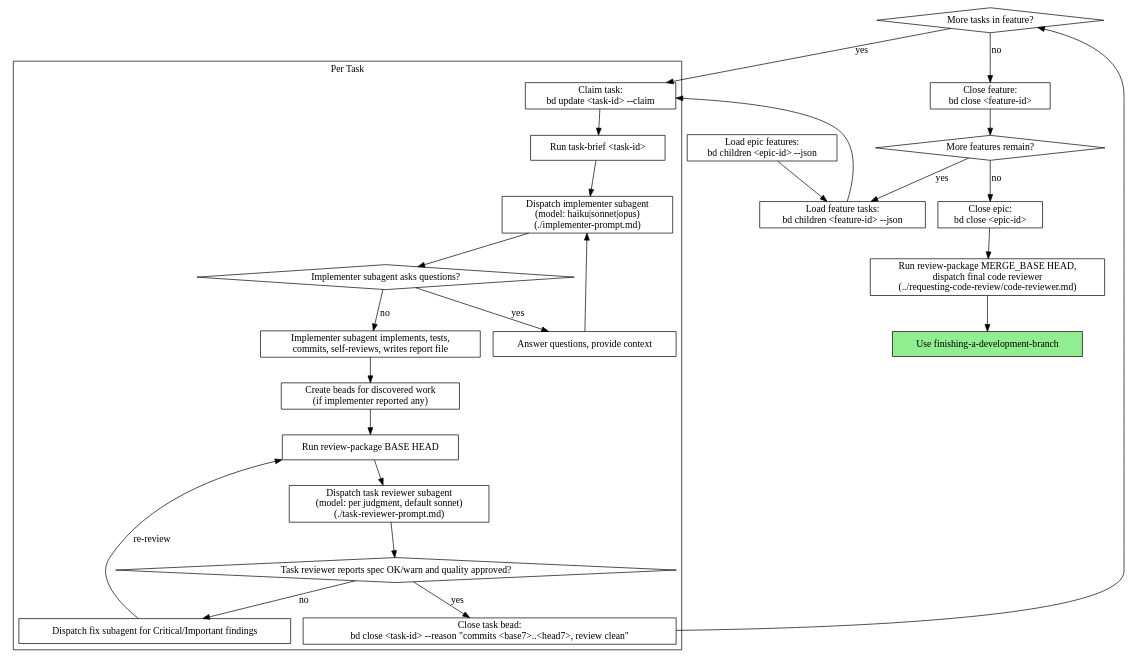
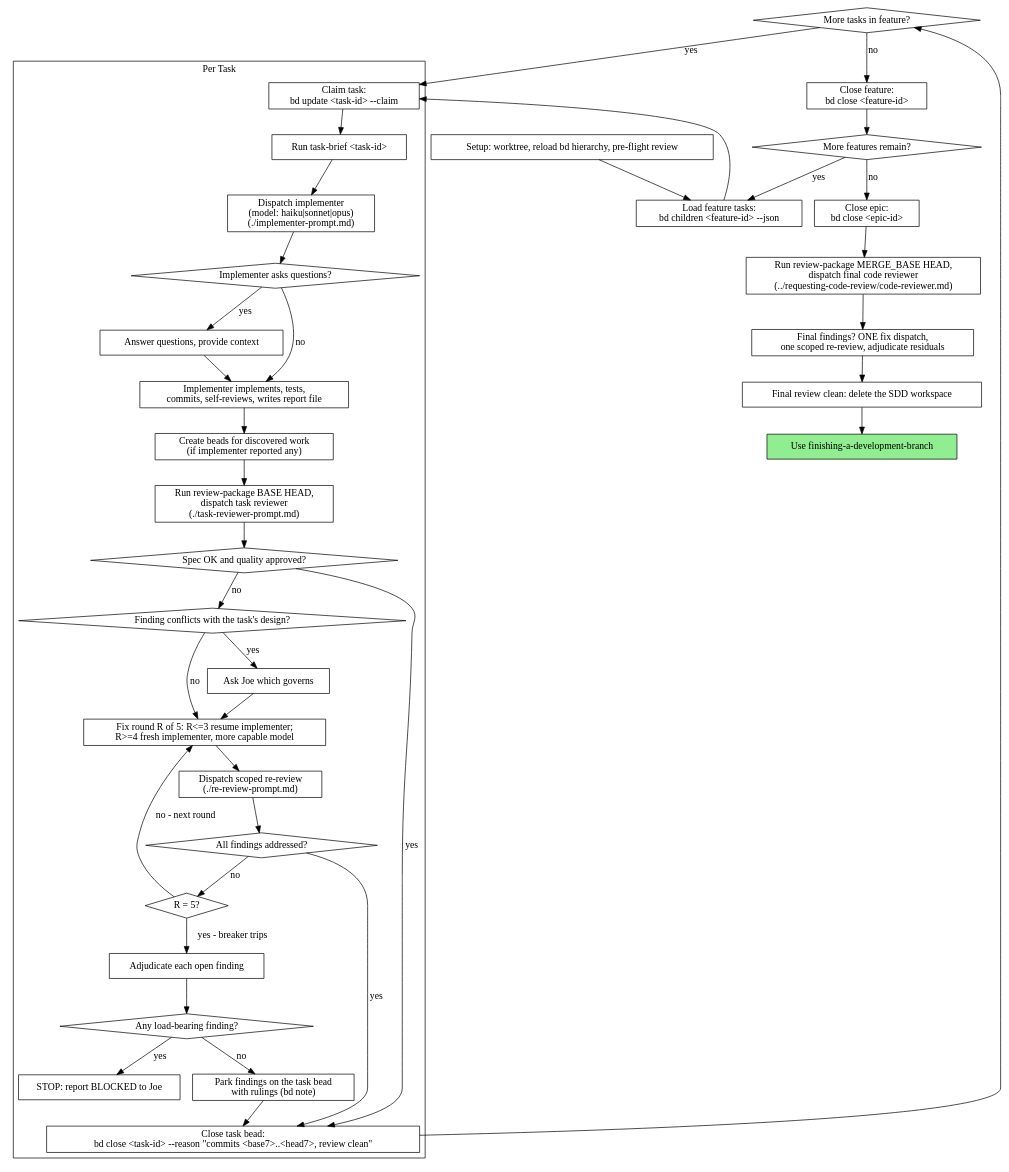
One commit to jwp23/joe-bag-of-tricks changed the second of 2 diagrams in plugins/joe-bag-of-tricks/skills/subagent-driven-development/SKILL.md. Above: the diagram before and after it, drawn with Graphviz. The commit also changed other lines of this file and 22 other files, not shown here.

````diff
--- a/plugins/joe-bag-of-tricks/skills/subagent-driven-development/SKILL.md
+++ b/plugins/joe-bag-of-tricks/skills/subagent-driven-development/SKILL.md
@@ -46,54 +46,77 @@
 ```dot
 digraph process {
     rankdir=TB;
 
     subgraph cluster_per_task {
         label="Per Task";
         "Claim task:\nbd update <task-id> --claim" [shape=box];
         "Run task-brief <task-id>" [shape=box];
-        "Dispatch implementer subagent\n(model: haiku|sonnet|opus)\n(./implementer-prompt.md)" [shape=box];
-        "Implementer subagent asks questions?" [shape=diamond];
+        "Dispatch implementer\n(model: haiku|sonnet|opus)\n(./implementer-prompt.md)" [shape=box];
+        "Implementer asks questions?" [shape=diamond];
         "Answer questions, provide context" [shape=box];
-        "Implementer subagent implements, tests,\ncommits, self-reviews, writes report file" [shape=box];
+        "Implementer implements, tests,\ncommits, self-reviews, writes report file" [shape=box];
         "Create beads for discovered work\n(if implementer reported any)" [shape=box];
-        "Run review-package BASE HEAD" [shape=box];
-        "Dispatch task reviewer subagent\n(model: per judgment, default sonnet)\n(./task-reviewer-prompt.md)" [shape=box];
-        "Task reviewer reports spec OK/warn and quality approved?" [shape=diamond];
-        "Dispatch fix subagent for Critical/Important findings" [shape=box];
+        "Run review-package BASE HEAD,\ndispatch task reviewer\n(./task-reviewer-prompt.md)" [shape=box];
+        "Spec OK and quality approved?" [shape=diamond];
+        "Finding conflicts with the task's design?" [shape=diamond];
+        "Ask Joe which governs" [shape=box];
+        "Fix round R of 5: R<=3 resume implementer;\nR>=4 fresh implementer, more capable model" [shape=box];
+        "Dispatch scoped re-review\n(./re-review-prompt.md)" [shape=box];
+        "All findings addressed?" [shape=diamond];
+        "R = 5?" [shape=diamond];
+        "Adjudicate each open finding" [shape=box];
+        "Any load-bearing finding?" [shape=diamond];
+        "STOP: report BLOCKED to Joe" [shape=box];
+        "Park findings on the task bead\nwith rulings (bd note)" [shape=box];
         "Close task bead:\nbd close <task-id> --reason \"commits <base7>..<head7>, review clean\"" [shape=box];
     }
 
-    "Load epic features:\nbd children <epic-id> --json" [shape=box];
+    "Setup: worktree, reload bd hierarchy, pre-flight review" [shape=box];
     "Load feature tasks:\nbd children <feature-id> --json" [shape=box];
     "More tasks in feature?" [shape=diamond];
     "Close feature:\nbd close <feature-id>" [shape=box];
     "More features remain?" [shape=diamond];
     "Close epic:\nbd close <epic-id>" [shape=box];
     "Run review-package MERGE_BASE HEAD,\ndispatch final code reviewer\n(../requesting-code-review/code-reviewer.md)" [shape=box];
+    "Final findings? ONE fix dispatch,\none scoped re-review, adjudicate residuals" [shape=box];
+    "Final review clean: delete the SDD workspace" [shape=box];
     "Use finishing-a-development-branch" [shape=box style=filled fillcolor=lightgreen];
 
-    "Load epic features:\nbd children <epic-id> --json" -> "Load feature tasks:\nbd children <feature-id> --json";
+    "Setup: worktree, reload bd hierarchy, pre-flight review" -> "Load feature tasks:\nbd children <feature-id> --json";
     "Load feature tasks:\nbd children <feature-id> --json" -> "Claim task:\nbd update <task-id> --claim";
     "Claim task:\nbd update <task-id> --claim" -> "Run task-brief <task-id>";
-    "Run task-brief <task-id>" -> "Dispatch implementer subagent\n(model: haiku|sonnet|opus)\n(./implementer-prompt.md)";
-    "Dispatch implementer subagent\n(model: haiku|sonnet|opus)\n(./implementer-prompt.md)" -> "Implementer subagent asks questions?";
-    "Implementer subagent asks questions?" -> "Answer questions, provide context" [label="yes"];
-    "Answer questions, provide context" -> "Dispatch implementer subagent\n(model: haiku|sonnet|opus)\n(./implementer-prompt.md)";
-    "Implementer subagent asks questions?" -> "Implementer subagent implements, tests,\ncommits, self-reviews, writes report file" [label="no"];
-    "Implementer subagent implements, tests,\ncommits, self-reviews, writes report file" -> "Create beads for discovered work\n(if implementer reported any)";
-    "Create beads for discovered work\n(if implementer reported any)" -> "Run review-package BASE HEAD";
-    "Run review-package BASE HEAD" -> "Dispatch task reviewer subagent\n(model: per judgment, default sonnet)\n(./task-reviewer-prompt.md)";
-    "Dispatch task reviewer subagent\n(model: per judgment, default sonnet)\n(./task-reviewer-prompt.md)" -> "Task reviewer reports spec OK/warn and quality approved?";
-    "Task reviewer reports spec OK/warn and quality approved?" -> "Dispatch fix subagent for Critical/Important findings" [label="no"];
-    "Dispatch fix subagent for Critical/Important findings" -> "Run review-package BASE HEAD" [label="re-review"];
-    "Task reviewer reports spec OK/warn and quality approved?" -> "Close task bead:\nbd close <task-id> --reason \"commits <base7>..<head7>, review clean\"" [label="yes"];
+    "Run task-brief <task-id>" -> "Dispatch implementer\n(model: haiku|sonnet|opus)\n(./implementer-prompt.md)";
+    "Dispatch implementer\n(model: haiku|sonnet|opus)\n(./implementer-prompt.md)" -> "Implementer asks questions?";
+    "Implementer asks questions?" -> "Answer questions, provide context" [label="yes"];
+    "Answer questions, provide context" -> "Implementer implements, tests,\ncommits, self-reviews, writes report file";
+    "Implementer asks questions?" -> "Implementer implements, tests,\ncommits, self-reviews, writes report file" [label="no"];
+    "Implementer implements, tests,\ncommits, self-reviews, writes report file" -> "Create beads for discovered work\n(if implementer reported any)";
+    "Create beads for discovered work\n(if implementer reported any)" -> "Run review-package BASE HEAD,\ndispatch task reviewer\n(./task-reviewer-prompt.md)";
+    "Run review-package BASE HEAD,\ndispatch task reviewer\n(./task-reviewer-prompt.md)" -> "Spec OK and quality approved?";
+    "Spec OK and quality approved?" -> "Close task bead:\nbd close <task-id> --reason \"commits <base7>..<head7>, review clean\"" [label="yes"];
+    "Spec OK and quality approved?" -> "Finding conflicts with the task's design?" [label="no"];
+    "Finding conflicts with the task's design?" -> "Ask Joe which governs" [label="yes"];
+    "Ask Joe which governs" -> "Fix round R of 5: R<=3 resume implementer;\nR>=4 fresh implementer, more capable model";
+    "Finding conflicts with the task's design?" -> "Fix round R of 5: R<=3 resume implementer;\nR>=4 fresh implementer, more capable model" [label="no"];
+    "Fix round R of 5: R<=3 resume implementer;\nR>=4 fresh implementer, more capable model" -> "Dispatch scoped re-review\n(./re-review-prompt.md)";
+    "Dispatch scoped re-review\n(./re-review-prompt.md)" -> "All findings addressed?";
+    "All findings addressed?" -> "Close task bead:\nbd close <task-id> --reason \"commits <base7>..<head7>, review clean\"" [label="yes"];
+    "All findings addressed?" -> "R = 5?" [label="no"];
+    "R = 5?" -> "Fix round R of 5: R<=3 resume implementer;\nR>=4 fresh implementer, more capable model" [label="no - next round"];
+    "R = 5?" -> "Adjudicate each open finding" [label="yes - breaker trips"];
+    "Adjudicate each open finding" -> "Any load-bearing finding?";
+    "Any load-bearing finding?" -> "STOP: report BLOCKED to Joe" [label="yes"];
+    "Any load-bearing finding?" -> "Park findings on the task bead\nwith rulings (bd note)" [label="no"];
+    "Park findings on the task bead\nwith rulings (bd note)" -> "Close task bead:\nbd close <task-id> --reason \"commits <base7>..<head7>, review clean\"";
     "Close task bead:\nbd close <task-id> --reason \"commits <base7>..<head7>, review clean\"" -> "More tasks in feature?";
     "More tasks in feature?" -> "Claim task:\nbd update <task-id> --claim" [label="yes"];
     "More tasks in feature?" -> "Close feature:\nbd close <feature-id>" [label="no"];
     "Close feature:\nbd close <feature-id>" -> "More features remain?";
     "More features remain?" -> "Load feature tasks:\nbd children <feature-id> --json" [label="yes"];
     "More features remain?" -> "Close epic:\nbd close <epic-id>" [label="no"];
     "Close epic:\nbd close <epic-id>" -> "Run review-package MERGE_BASE HEAD,\ndispatch final code reviewer\n(../requesting-code-review/code-reviewer.md)";
-    "Run review-package MERGE_BASE HEAD,\ndispatch final code reviewer\n(../requesting-code-review/code-reviewer.md)" -> "Use finishing-a-development-branch";
+    "Run review-package MERGE_BASE HEAD,\ndispatch final code reviewer\n(../requesting-code-review/code-reviewer.md)" -> "Final findings? ONE fix dispatch,\none scoped re-review, adjudicate residuals";
+    "Final findings? ONE fix dispatch,\none scoped re-review, adjudicate residuals" -> "Final review clean: delete the SDD workspace";
+    "Final review clean: delete the SDD workspace" -> "Use finishing-a-development-branch";
 }
 ```
````
